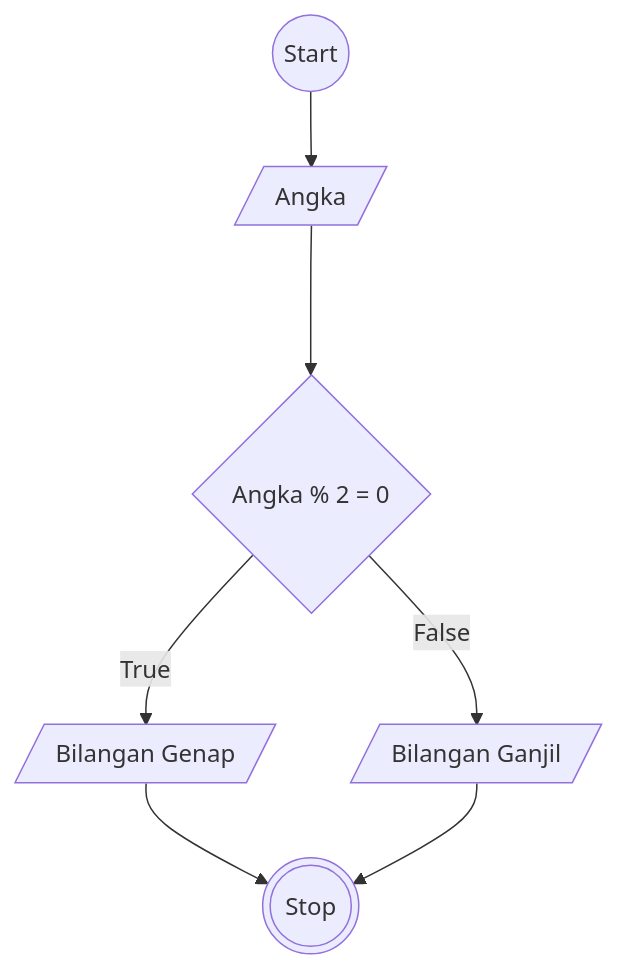
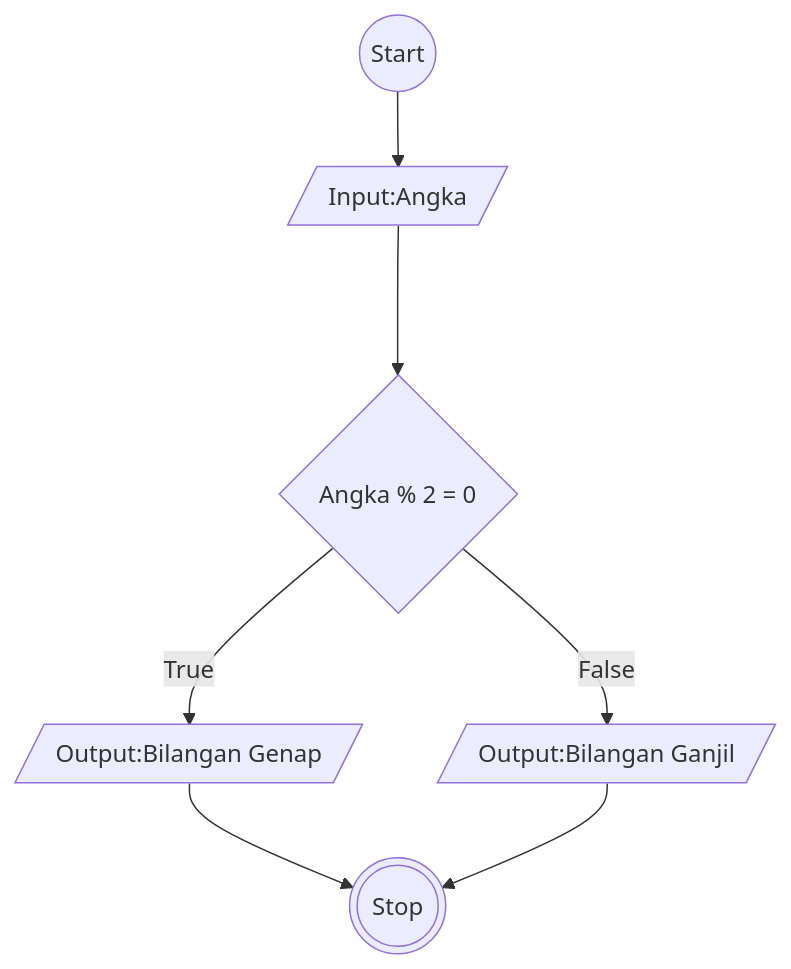
Before and after one commit to askadiliya/koda-b6-algoritma: the diagram in Flowchart-ganjil-genap.md, drawn with Mermaid.

````diff
--- a/Flowchart-ganjil-genap.md
+++ b/Flowchart-ganjil-genap.md
@@ -4,17 +4,19 @@
 ```mermaid
 flowchart TD
     A@{ shape: circle, label: "Start" }
-    B@{ shape: lean-r, label: "Angka" }
+    B@{ shape: lean-r, label: "Input:Angka" }
+    C@{ shape: rounded, label: "Angka % 2 = 0" }
+
     C@{ shape: diamond, label: "Angka % 2 = 0" }
-    D@{ shape: lean-r, label: "Bilangan Ganjil" }
-    E@{ shape: lean-r, label: "Bilangan Genap" }
+    D@{ shape: lean-r, label: "Output:Bilangan Ganjil" }
+    E@{ shape: lean-r, label: "Output:Bilangan Genap" }
     F@{ shape: dbl-circ, label: "Stop" }
 
     A --> B --->C
     C --True--> E
     C --False--> D
     E-->F
     D-->F
 
     
 ```
````
